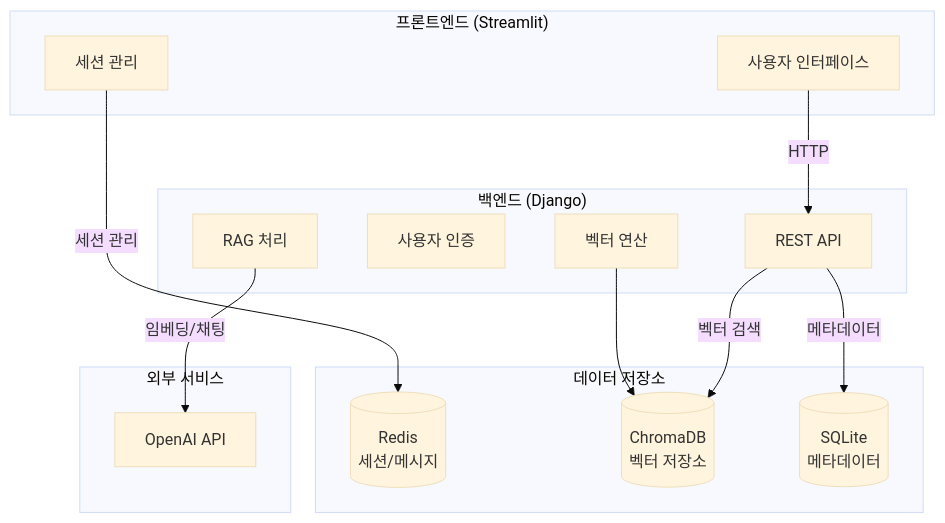
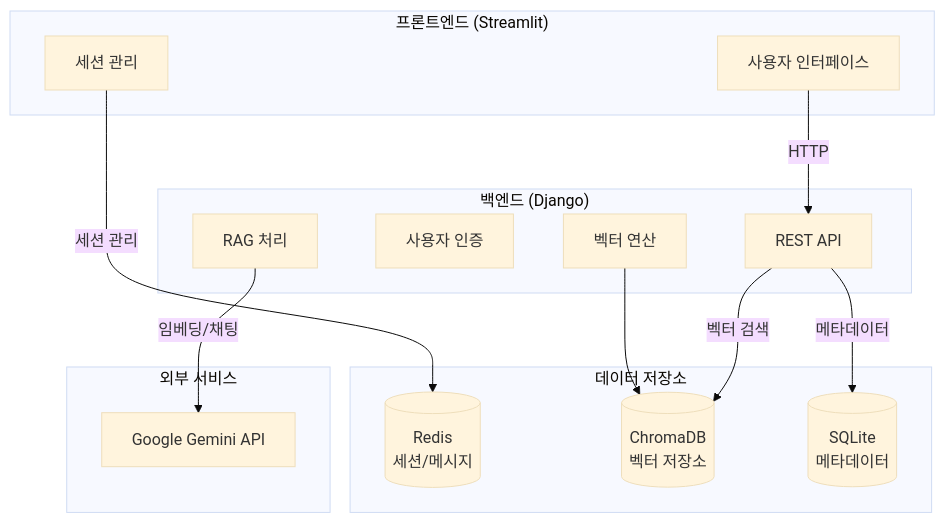
One commit to dea980/RAG_Chat changed the first of 3 diagrams in Rag_Chat/ArchitectReadme.md. Above: the diagram before and after it, drawn with Mermaid (base theme). The commit also changed other lines of this file and 39 other files, not shown here.

````diff
--- a/Rag_Chat/ArchitectReadme.md
+++ b/Rag_Chat/ArchitectReadme.md
@@ -11,31 +11,31 @@
 ```mermaid
 graph TB
     subgraph "프론트엔드 (Streamlit)"
         UI[사용자 인터페이스]
         SessionMgr[세션 관리]
     end
 
     subgraph "백엔드 (Django)"
         API[REST API]
         Auth[사용자 인증]
         RAG[RAG 처리]
         VectorOps[벡터 연산]
     end
 
     subgraph "데이터 저장소"
         Redis[(Redis<br/>세션/메시지)]
         ChromaDB[(ChromaDB<br/>벡터 저장소)]
         SQLite[(SQLite<br/>메타데이터)]
     end
 
     subgraph "외부 서비스"
-        OpenAI[OpenAI API]
+        Gemini[Google Gemini API]
     end
 
     UI --> |HTTP| API
     SessionMgr --> |세션 관리| Redis
     API --> |벡터 검색| ChromaDB
     API --> |메타데이터| SQLite
-    RAG --> |임베딩/채팅| OpenAI
+    RAG --> |임베딩/채팅| Gemini
     VectorOps --> ChromaDB
 ```
````
